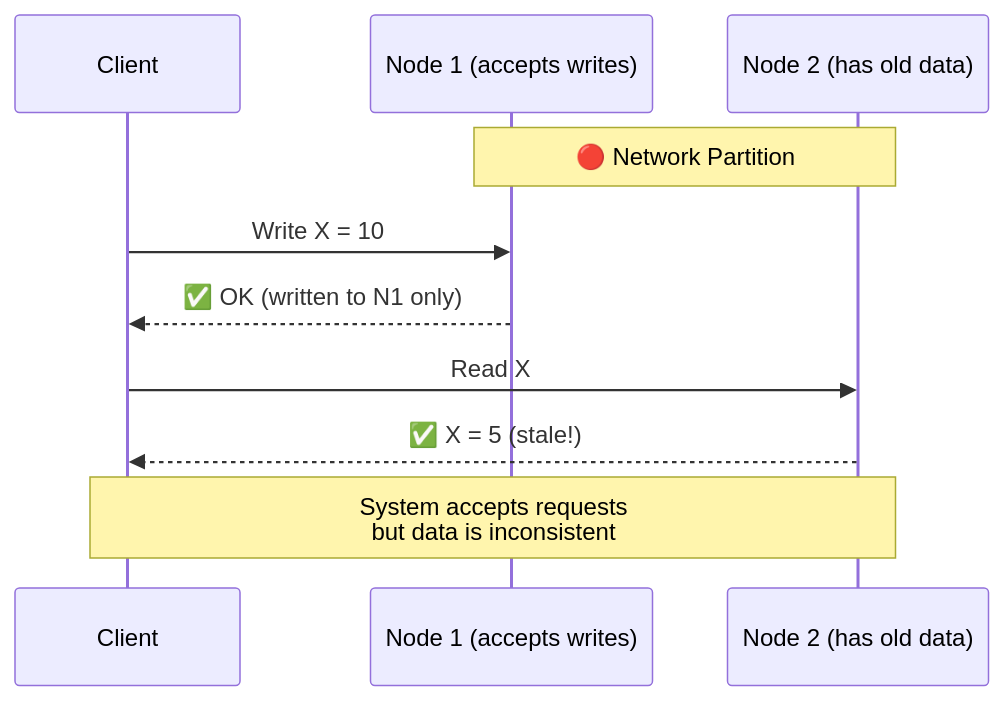
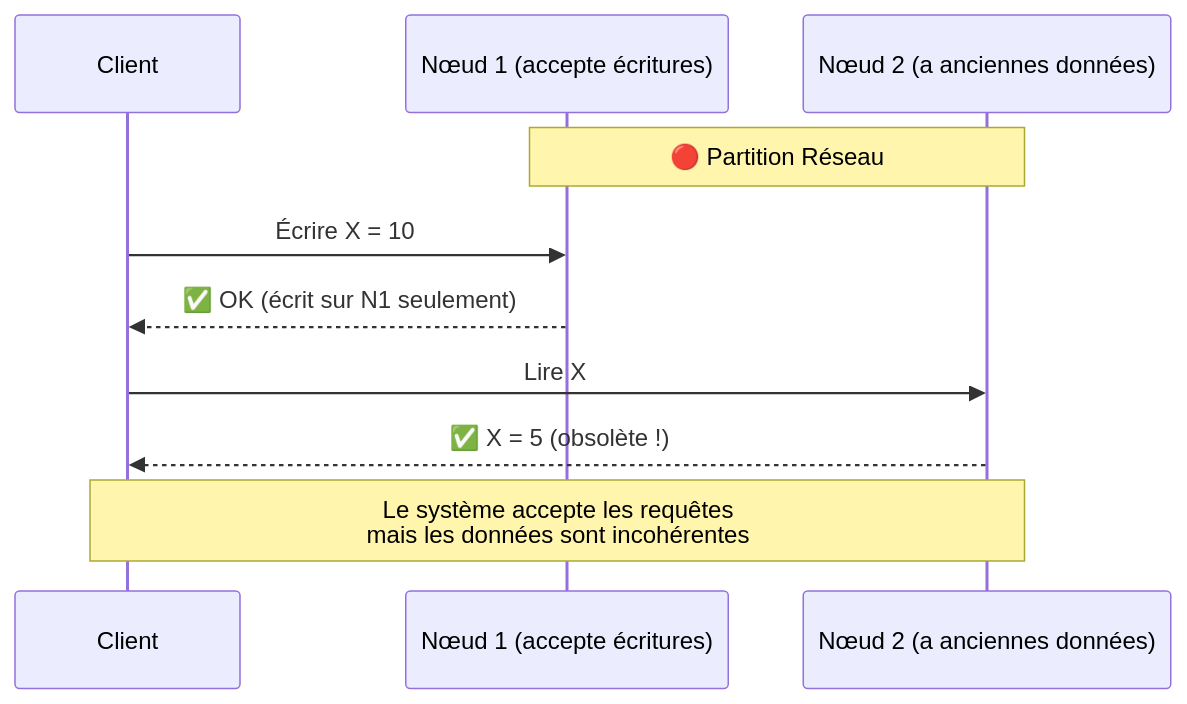
The seventh of 12 diagrams in src/data-store/02-cap-theorem.md (dardourimohamed/distributed-systems-course), drawn with Mermaid before and after one commit. The commit also changed other lines of this file and 38 other files, not shown here.

````diff
--- a/src/data-store/02-cap-theorem.md
+++ b/src/data-store/02-cap-theorem.md
@@ -177,16 +177,16 @@
 ```mermaid
 sequenceDiagram
     participant C as Client
-    participant N1 as Node 1 (accepts writes)
-    participant N2 as Node 2 (has old data)
+    participant N1 as Nœud 1 (accepte écritures)
+    participant N2 as Nœud 2 (a anciennes données)
 
-    Note over N1,N2: 🔴 Network Partition
+    Note over N1,N2: 🔴 Partition Réseau
 
-    C->>N1: Write X = 10
-    N1-->>C: ✅ OK (written to N1 only)
+    C->>N1: Écrire X = 10
+    N1-->>C: ✅ OK (écrit sur N1 seulement)
 
-    C->>N2: Read X
-    N2-->>C: ✅ X = 5 (stale!)
+    C->>N2: Lire X
+    N2-->>C: ✅ X = 5 (obsolète !)
 
-    Note over C,N2: System accepts requests<br/>but data is inconsistent
+    Note over C,N2: Le système accepte les requêtes<br/>mais les données sont incohérentes
 ```
````
